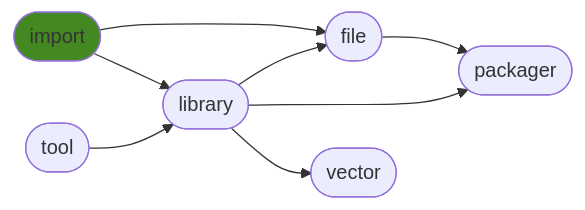
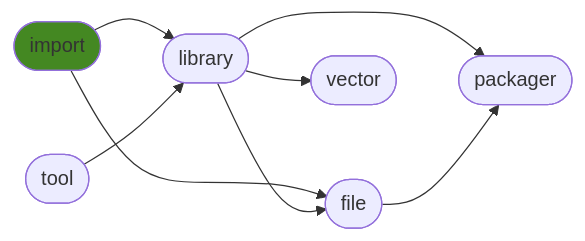
Before and after one commit to ManderaGeneral/generalimport: the diagram in README.md, drawn with Mermaid. The commit also changed other lines of this file, not shown here.

````diff
--- a/README.md
+++ b/README.md
@@ -28,17 +28,17 @@
 ```mermaid
 flowchart LR
+0([import]) --> 3([file])
+2([library]) --> 5([packager])
+0([import]) --> 2([library])
+2([library]) --> 4([vector])
 2([library]) --> 3([file])
 3([file]) --> 5([packager])
-2([library]) --> 5([packager])
-0([import]) --> 3([file])
-0([import]) --> 2([library])
 1([tool]) --> 2([library])
-2([library]) --> 4([vector])
 click 0 "https://github.com/ManderaGeneral/generalimport"
 click 1 "https://github.com/ManderaGeneral/generaltool"
 click 2 "https://github.com/ManderaGeneral/generallibrary"
 click 3 "https://github.com/ManderaGeneral/generalfile"
 click 4 "https://github.com/ManderaGeneral/generalvector"
 click 5 "https://github.com/ManderaGeneral/generalpackager"
 style 0 fill:#482
 ```
````
